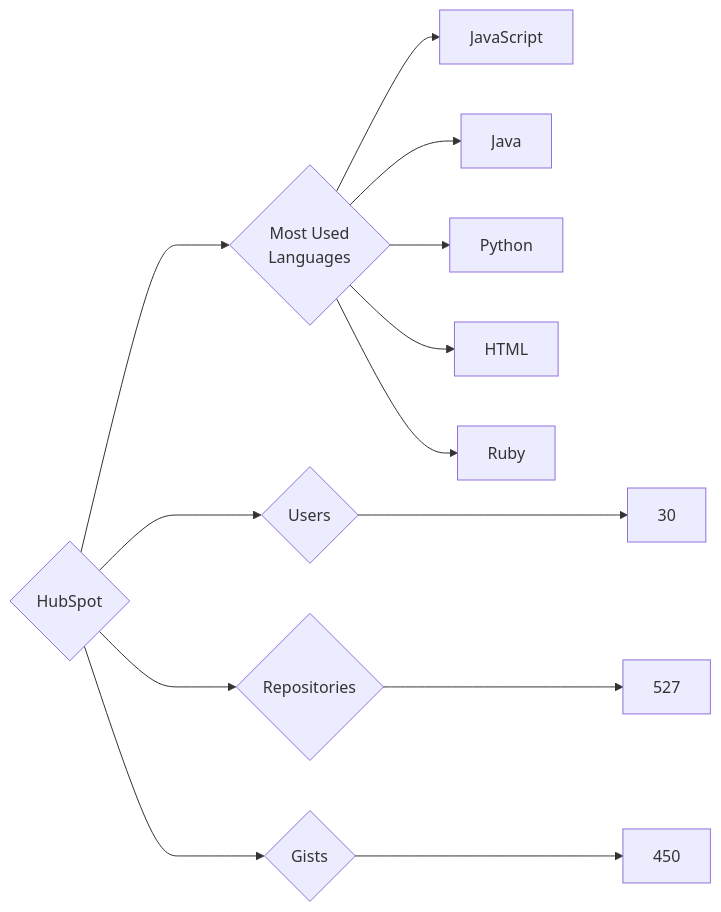
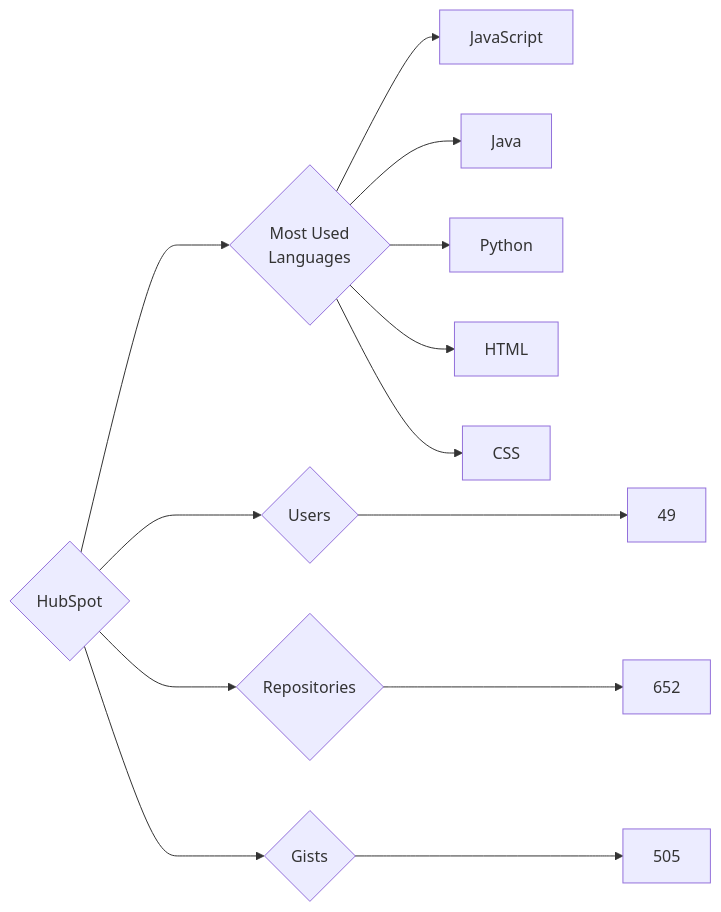
The diagram in targets/HubSpot/README.md (trickest/insiders), drawn with Mermaid before and after one commit. The commit also changed 823 other files, not shown here.

````diff
--- a/targets/HubSpot/README.md
+++ b/targets/HubSpot/README.md
@@ -3,13 +3,13 @@
 ```mermaid
 graph LR
 COMPANY_NAME{HubSpot}
-COMPANY_NAME ---> U{Users} ---> UN[30]
-COMPANY_NAME ---> R{Repositories} ---> RN[527]
-COMPANY_NAME ---> G{Gists} ---> GN[450]
+COMPANY_NAME ---> U{Users} ---> UN[49]
+COMPANY_NAME ---> R{Repositories} ---> RN[652]
+COMPANY_NAME ---> G{Gists} ---> GN[505]
 COMPANY_NAME ---> ML{Most Used<br>Languages}
 ML --> JavaScript[JavaScript]
 ML --> Java[Java]
 ML --> Python[Python]
 ML --> HTML[HTML]
-ML --> Ruby[Ruby]
+ML --> CSS[CSS]
 ```
````
